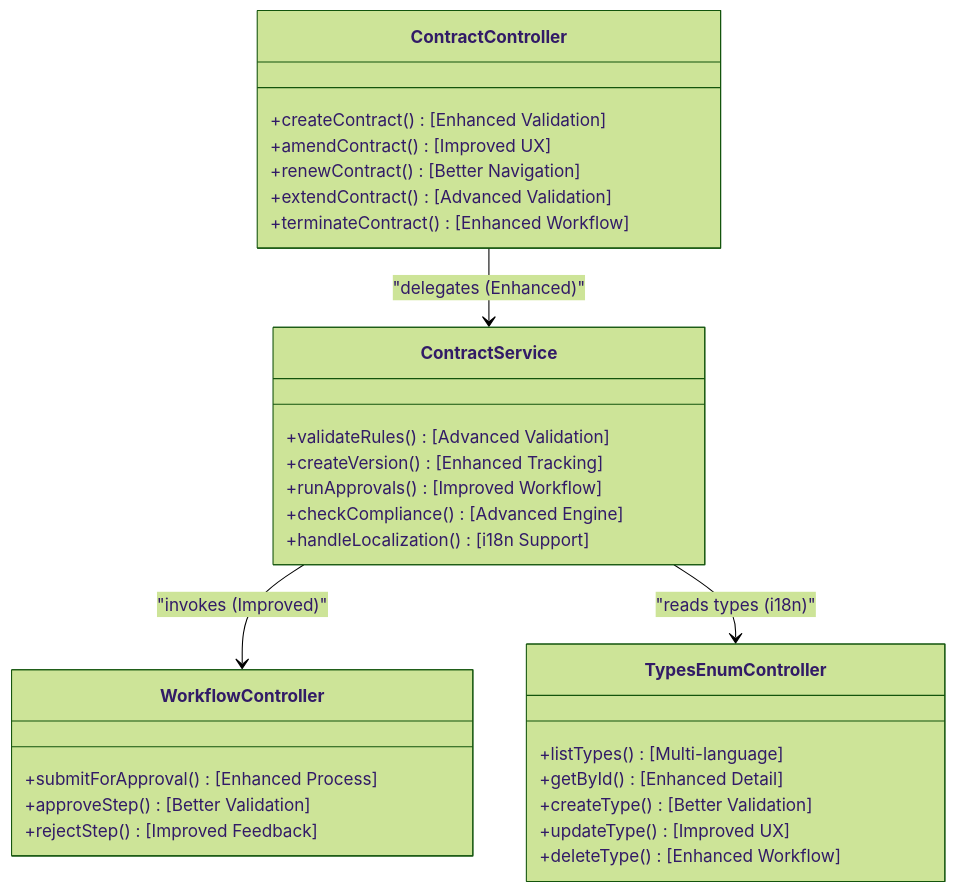
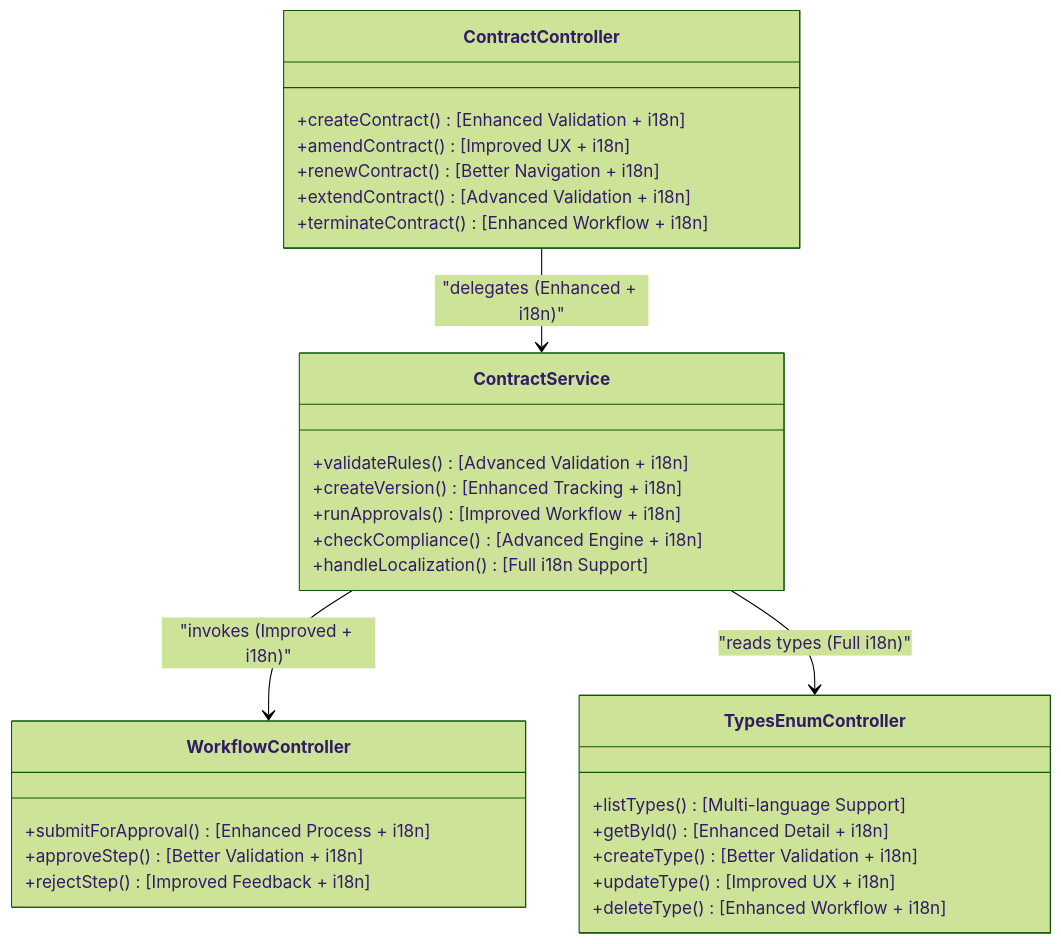
The fourth of 5 diagrams in .qoder/repowiki/en/content/API Reference/Human Resources API/Personnel Administration API/Contract Management API.md (franckylab/eLISAschool), drawn with Mermaid (forest theme) before and after one commit. The commit also changed other lines of this file and 78 other files, not shown here.

````diff
--- a/.qoder/repowiki/en/content/API Reference/Human Resources API/Personnel Administration API/Contract Management API.md
+++ b/.qoder/repowiki/en/content/API Reference/Human Resources API/Personnel Administration API/Contract Management API.md
@@ -461,32 +462,32 @@
 ```mermaid
 classDiagram
 class ContractController {
-+createContract() [Enhanced Validation]
-+amendContract() [Improved UX]
-+renewContract() [Better Navigation]
-+extendContract() [Advanced Validation]
-+terminateContract() [Enhanced Workflow]
++createContract() [Enhanced Validation + i18n]
++amendContract() [Improved UX + i18n]
++renewContract() [Better Navigation + i18n]
++extendContract() [Advanced Validation + i18n]
++terminateContract() [Enhanced Workflow + i18n]
 }
 class ContractService {
-+validateRules() [Advanced Validation]
-+createVersion() [Enhanced Tracking]
-+runApprovals() [Improved Workflow]
-+checkCompliance() [Advanced Engine]
-+handleLocalization() [i18n Support]
++validateRules() [Advanced Validation + i18n]
++createVersion() [Enhanced Tracking + i18n]
++runApprovals() [Improved Workflow + i18n]
++checkCompliance() [Advanced Engine + i18n]
++handleLocalization() [Full i18n Support]
 }
 class WorkflowController {
-+submitForApproval() [Enhanced Process]
-+approveStep() [Better Validation]
-+rejectStep() [Improved Feedback]
++submitForApproval() [Enhanced Process + i18n]
++approveStep() [Better Validation + i18n]
++rejectStep() [Improved Feedback + i18n]
 }
 class TypesEnumController {
-+listTypes() [Multi-language]
-+getById() [Enhanced Detail]
-+createType() [Better Validation]
-+updateType() [Improved UX]
-+deleteType() [Enhanced Workflow]
++listTypes() [Multi-language Support]
++getById() [Enhanced Detail + i18n]
++createType() [Better Validation + i18n]
++updateType() [Improved UX + i18n]
++deleteType() [Enhanced Workflow + i18n]
 }
-ContractController --> ContractService : "delegates (Enhanced)"
-ContractService --> WorkflowController : "invokes (Improved)"
-ContractService --> TypesEnumController : "reads types (i18n)"
+ContractController --> ContractService : "delegates (Enhanced + i18n)"
+ContractService --> WorkflowController : "invokes (Improved + i18n)"
+ContractService --> TypesEnumController : "reads types (Full i18n)"
 ```
````
